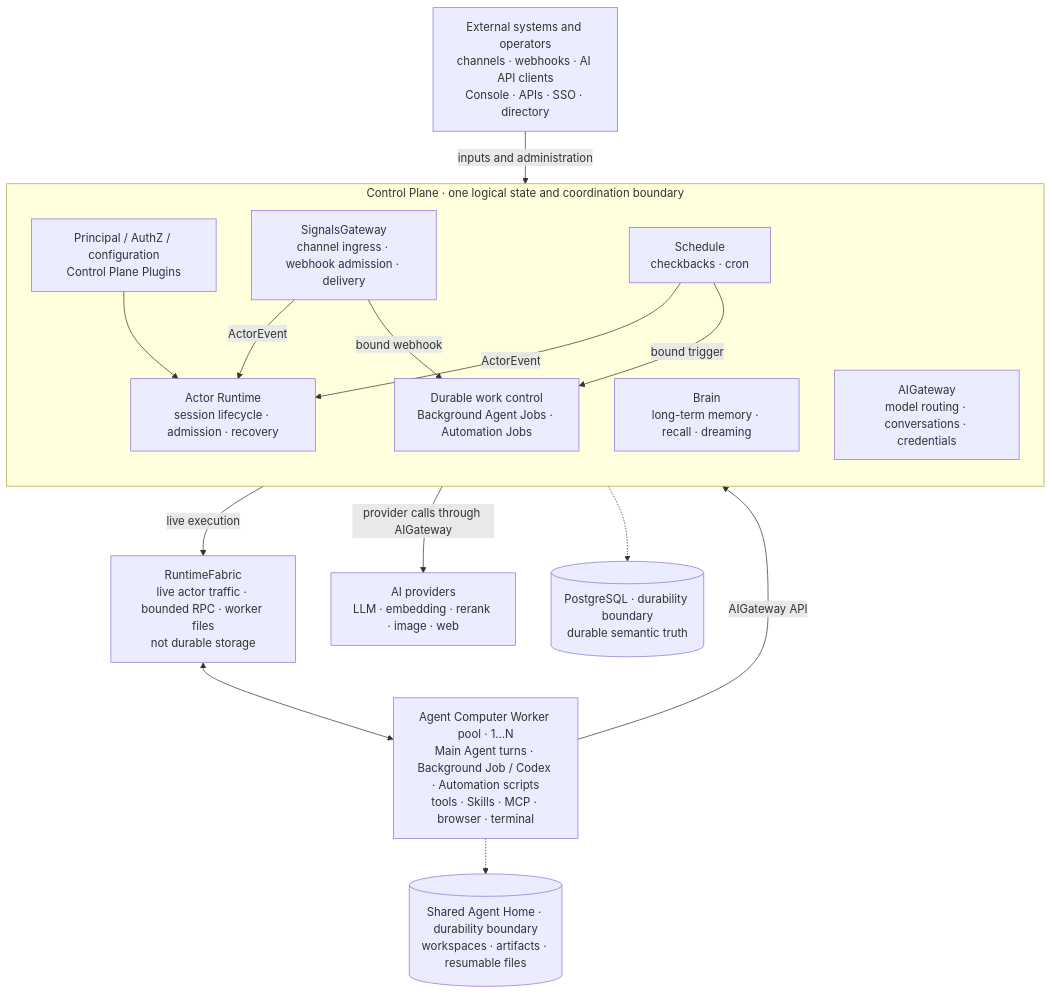
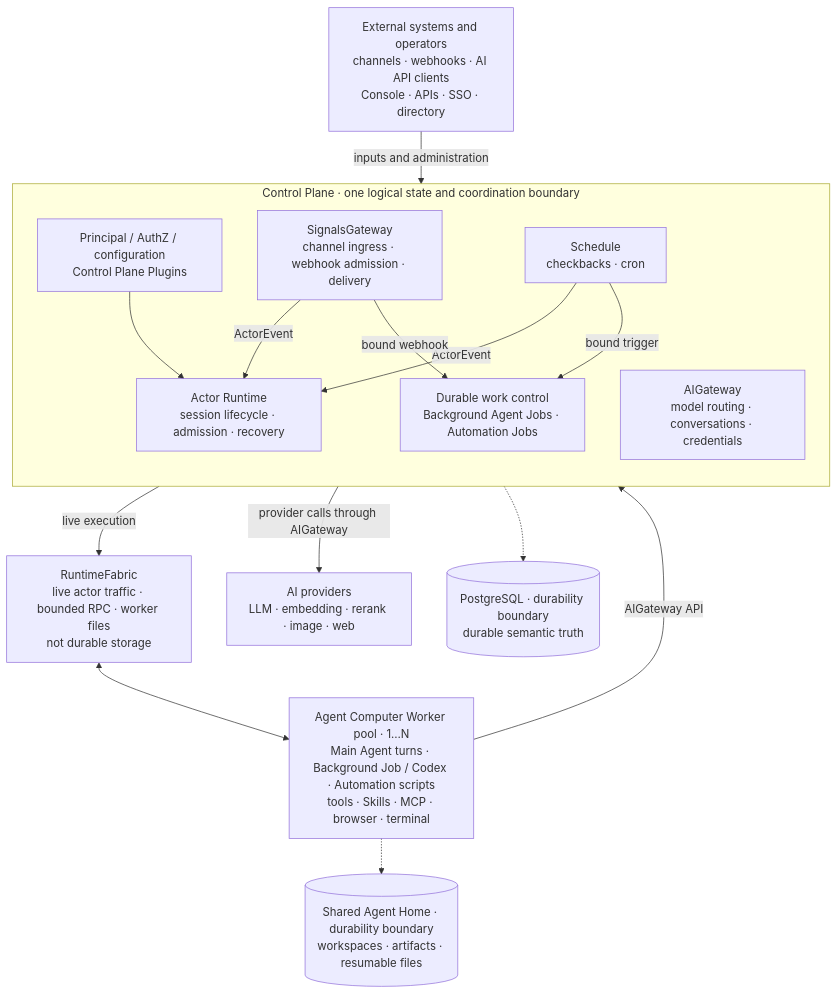
One commit to AgentBull/ankole changed the diagram in README.md. Above: the diagram before and after it, drawn with Mermaid. The commit also changed other lines of this file and 387 other files, not shown here.

````diff
--- a/README.md
+++ b/README.md
@@ -86,35 +80,34 @@
 ```mermaid
 flowchart TB
   External["External systems and operators<br/>channels · webhooks · AI API clients<br/>Console · APIs · SSO · directory"]
 
   subgraph Control["Control Plane · one logical state and coordination boundary"]
     direction TB
     Platform["Principal / AuthZ / configuration<br/>Control Plane Plugins"]
     SG["SignalsGateway<br/>channel ingress · webhook admission · delivery"]
     Schedule["Schedule<br/>checkbacks · cron"]
     Runtime["Actor Runtime<br/>session lifecycle · admission · recovery"]
     Jobs["Durable work control<br/>Background Agent Jobs · Automation Jobs"]
-    Brain["Brain<br/>long-term memory · recall · dreaming"]
     AI["AIGateway<br/>model routing · conversations · credentials"]
   end
 
   Fabric["RuntimeFabric<br/>live actor traffic · bounded RPC · worker files<br/>not durable storage"]
   Workers["Agent Computer Worker pool · 1…N<br/>Main Agent turns · Background Job / Codex · Automation scripts<br/>tools · Skills · MCP · browser · terminal"]
   Providers["AI providers<br/>LLM · embedding · rerank · image · web"]
 
   PG[("PostgreSQL · durability boundary<br/>durable semantic truth")]
   Home[("Shared Agent Home · durability boundary<br/>workspaces · artifacts · resumable files")]
 
   External -->|"inputs and administration"| Control
   SG -->|"ActorEvent"| Runtime
   Schedule -->|"ActorEvent"| Runtime
   SG -->|"bound webhook"| Jobs
   Schedule -->|"bound trigger"| Jobs
   Platform --> Runtime
   Control -->|"live execution"| Fabric
   Fabric <--> Workers
   Workers -->|"AIGateway API"| Control
   Control -->|"provider calls through AIGateway"| Providers
   Control -.-> PG
   Workers -.-> Home
 ```
````
